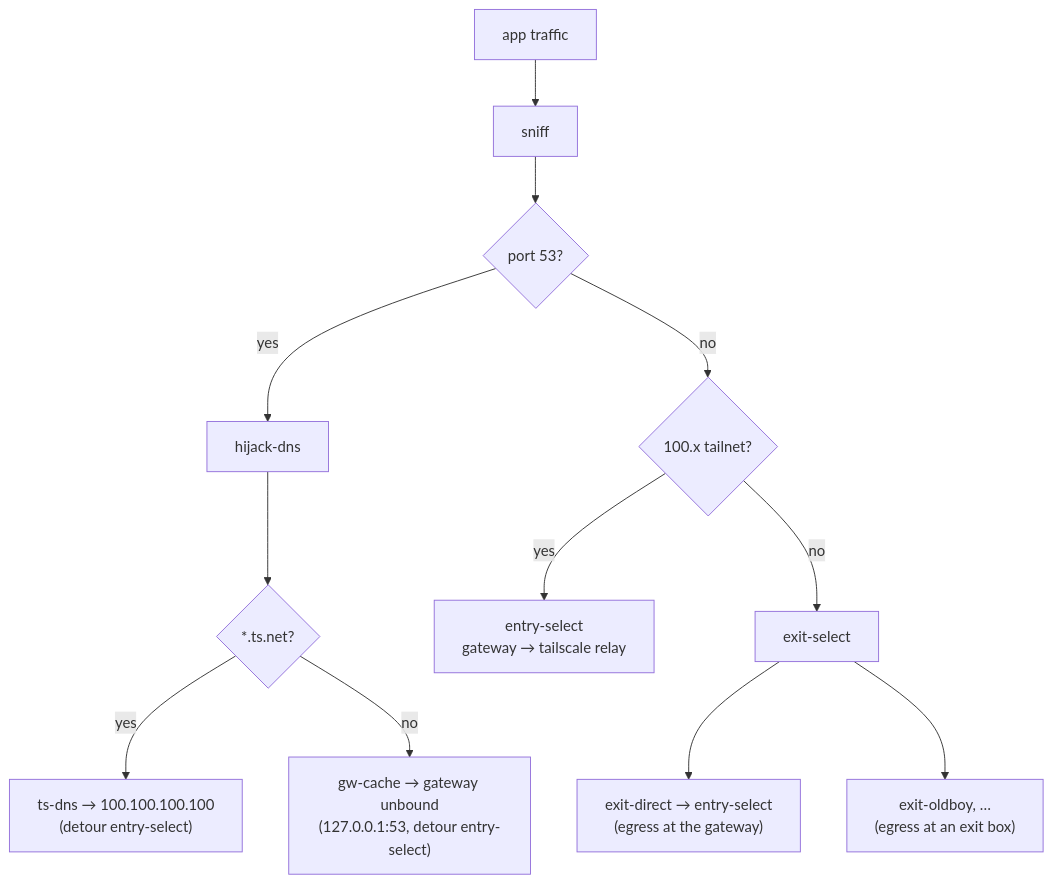
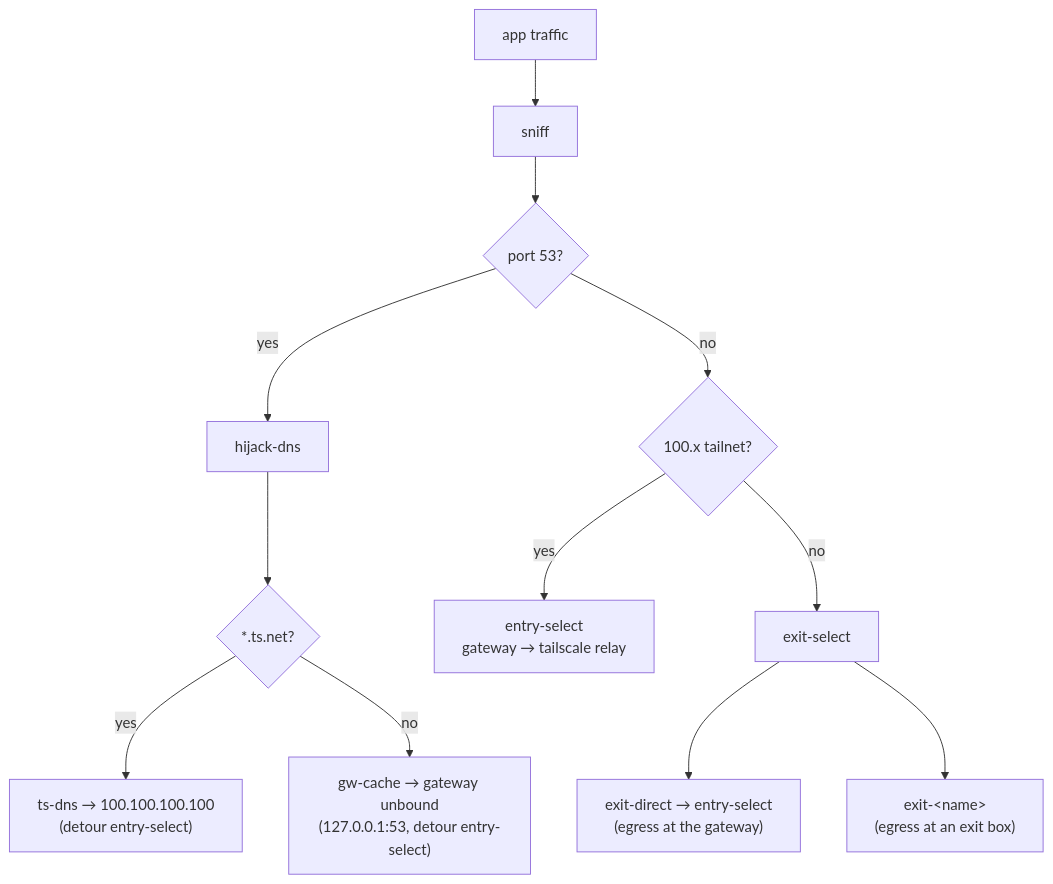
One commit to radiosilence/jaritanet changed the fourth of 6 diagrams in docs/architecture.md. Above: the diagram before and after it, drawn with Mermaid. The commit also changed other lines of this file and 2 other files, not shown here.

````diff
--- a/docs/architecture.md
+++ b/docs/architecture.md
@@ -299,14 +295,14 @@
 ```mermaid
 flowchart TD
     APP["app traffic"] --> SNIFF["sniff"]
     SNIFF --> DNSQ{"port 53?"}
     DNSQ -->|yes| HIJACK["hijack-dns"]
     HIJACK --> RES{"*.ts.net?"}
     RES -->|yes| TSDNS["ts-dns → 100.100.100.100<br/>(detour entry-select)"]
     RES -->|no| GW["gw-cache → gateway unbound<br/>(127.0.0.1:53, detour entry-select)"]
     DNSQ -->|no| TN{"100.x tailnet?"}
     TN -->|yes| ENTRY["entry-select<br/>gateway → tailscale relay"]
     TN -->|no| EXIT["exit-select"]
     EXIT --> ED["exit-direct → entry-select<br/>(egress at the gateway)"]
-    EXIT --> EN["exit-oldboy, …<br/>(egress at an exit box)"]
+    EXIT --> EN["exit-&lt;name&gt;<br/>(egress at an exit box)"]
 ```
````
